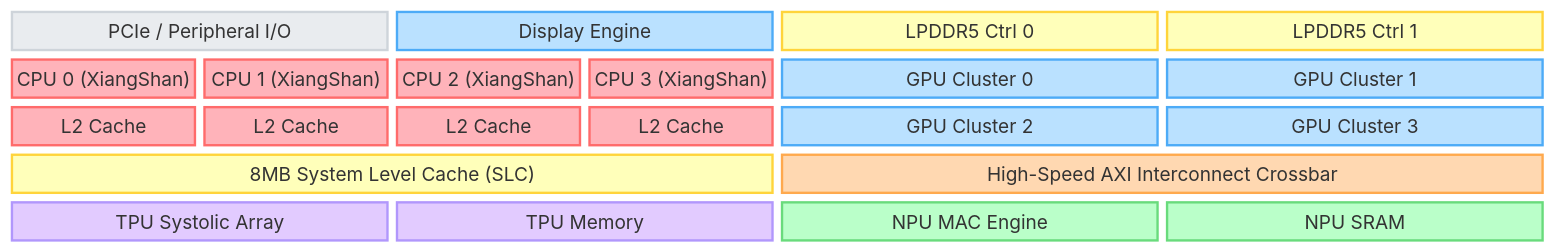
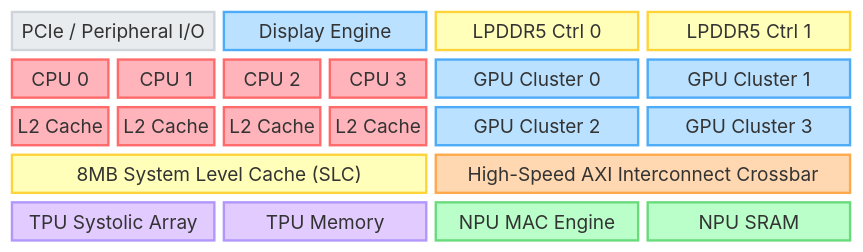
The first of 5 diagrams in README.md (DoguparthiAakash/Wattstone), drawn with Mermaid before and after one commit. The commit also changed 1 other file, not shown here.

````diff
--- a/README.md
+++ b/README.md
@@ -31,38 +31,38 @@
 ```mermaid
 block-beta
   columns 8
   
   %% Row 1: High Speed Interfaces
   PCIe["PCIe / Peripheral I/O"]:2 DISP["Display Engine"]:2 DDR1["LPDDR5 Ctrl 0"]:2 DDR2["LPDDR5 Ctrl 1"]:2
   
   %% Row 2: CPU and GPU
-  CPU0["CPU 0 (XiangShan)"] CPU1["CPU 1 (XiangShan)"] CPU2["CPU 2 (XiangShan)"] CPU3["CPU 3 (XiangShan)"] GPU1["GPU Cluster 0"]:2 GPU2["GPU Cluster 1"]:2
+  CPU0["CPU 0"] CPU1["CPU 1"] CPU2["CPU 2"] CPU3["CPU 3"] GPU1["GPU Cluster 0"]:2 GPU2["GPU Cluster 1"]:2
   
   %% Row 3: Caches and GPU
   L2_0["L2 Cache"] L2_1["L2 Cache"] L2_2["L2 Cache"] L2_3["L2 Cache"] GPU3["GPU Cluster 2"]:2 GPU4["GPU Cluster 3"]:2
   
   %% Row 4: SLC and Crossbar
   SLC["8MB System Level Cache (SLC)"]:4 AXI["High-Speed AXI Interconnect Crossbar"]:4
   
   %% Row 5: AI Accelerators
   TPU_SA["TPU Systolic Array"]:2 TPU_Mem["TPU Memory"]:2 NPU_MAC["NPU MAC Engine"]:2 NPU_SRAM["NPU SRAM"]:2
   
   %% Style definitions
   classDef cpu fill:#ffb3ba,stroke:#ff6b6b,stroke-width:2px,color:#000
   classDef gpu fill:#bae1ff,stroke:#4dabf7,stroke-width:2px,color:#000
   classDef tpu fill:#e2cbff,stroke:#b197fc,stroke-width:2px,color:#000
   classDef npu fill:#baffc9,stroke:#69db7c,stroke-width:2px,color:#000
   classDef mem fill:#ffffba,stroke:#ffd43b,stroke-width:2px,color:#000
   classDef io fill:#e9ecef,stroke:#ced4da,stroke-width:2px,color:#000
   classDef uncore fill:#ffd8b1,stroke:#ffa94d,stroke-width:2px,color:#000
 
   class CPU0,CPU1,CPU2,CPU3 cpu
   class L2_0,L2_1,L2_2,L2_3 cpu
   class GPU1,GPU2,GPU3,GPU4 gpu
   class DISP gpu
   class TPU_SA,TPU_Mem tpu
   class NPU_MAC,NPU_SRAM npu
   class SLC,DDR1,DDR2 mem
   class PCIe io
   class AXI uncore
 ```
````
